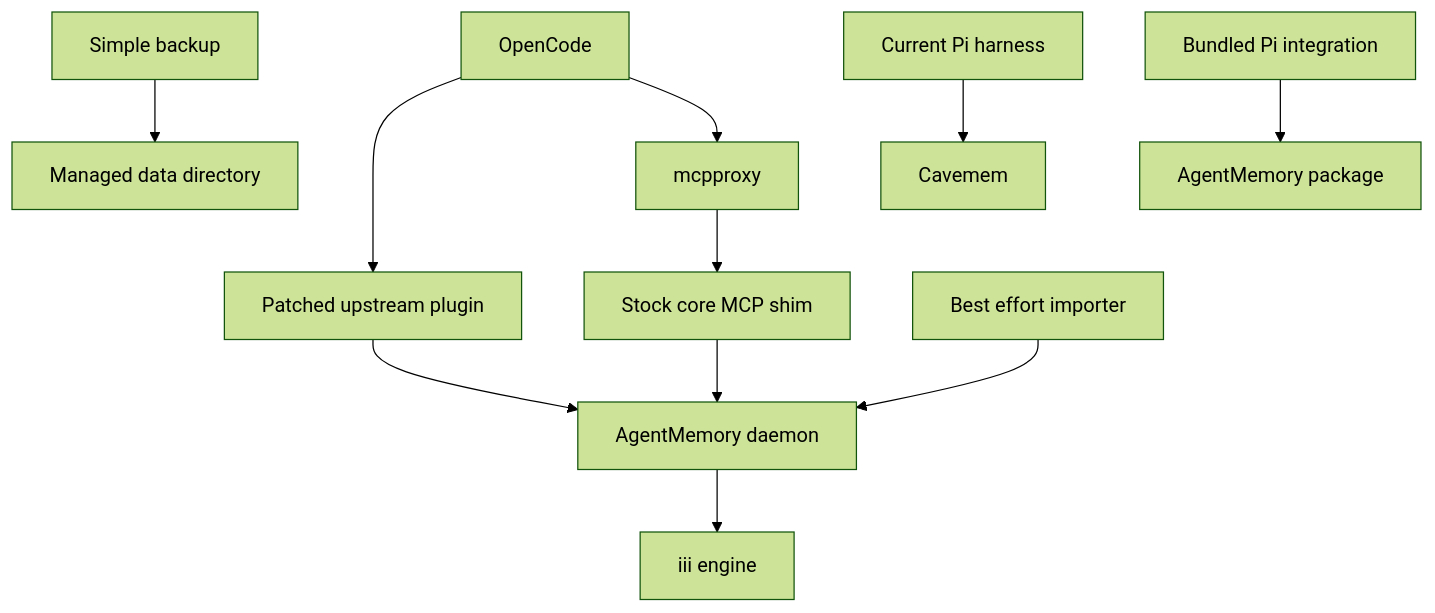
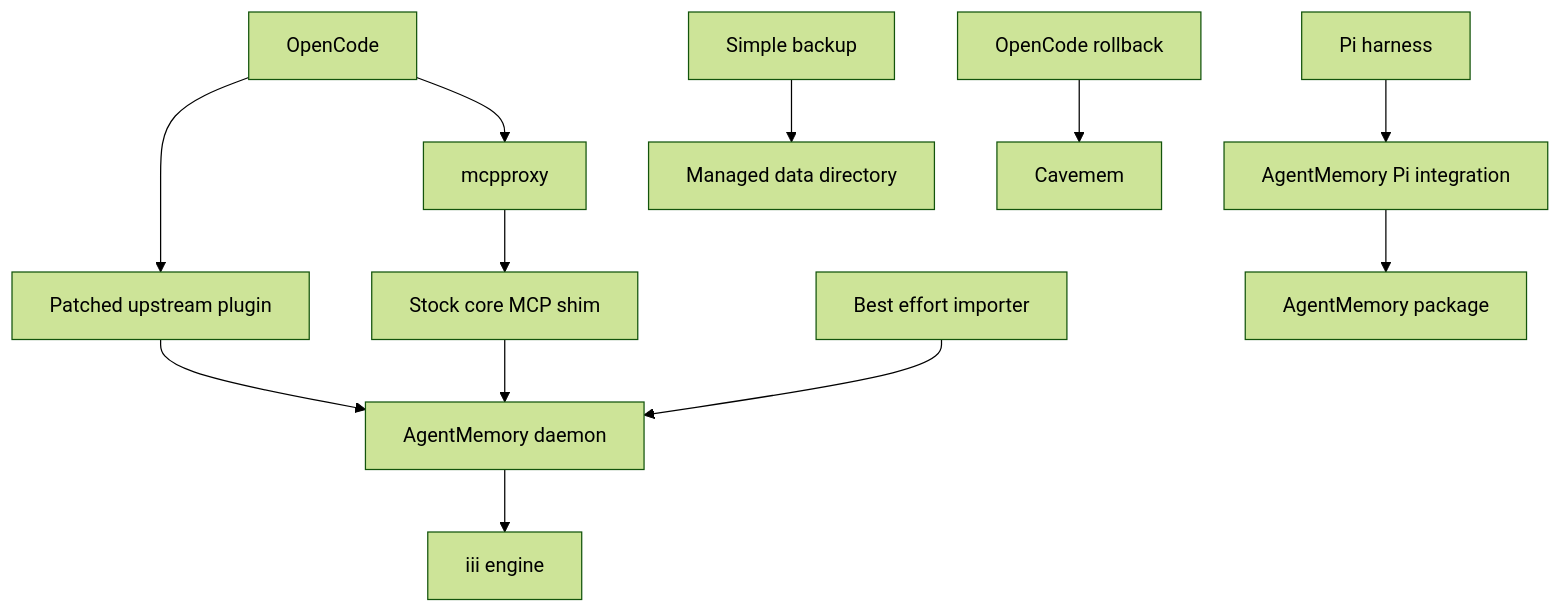
Before and after one commit to DWSR/nix-config: the first of 3 diagrams in .kiro/specs/agentmemory-opencode-migration/design.md, drawn with Mermaid (forest theme). The commit also changed other lines of this file and 4 other files, not shown here.

````diff
--- a/.kiro/specs/agentmemory-opencode-migration/design.md
+++ b/.kiro/specs/agentmemory-opencode-migration/design.md
@@ -74,13 +78,14 @@
 ```mermaid
 graph TB
     OpenCode[OpenCode] --> Plugin[Patched upstream plugin]
     Plugin --> Daemon[AgentMemory daemon]
     OpenCode --> Mcpproxy[mcpproxy]
     Mcpproxy --> StockMcp[Stock core MCP shim]
     StockMcp --> Daemon
     Daemon --> Engine[iii engine]
     Importer[Best effort importer] --> Daemon
     Backup[Simple backup] --> Data[Managed data directory]
-    Pi[Current Pi harness] --> Cavemem[Cavemem]
-    PiAssets[Bundled Pi integration] --> Package[AgentMemory package]
+    Pi[Pi harness] --> PiAgentMemory[AgentMemory Pi integration]
+    Rollback[OpenCode rollback] --> Cavemem[Cavemem]
+    PiAgentMemory --> Package[AgentMemory package]
 ```
````
